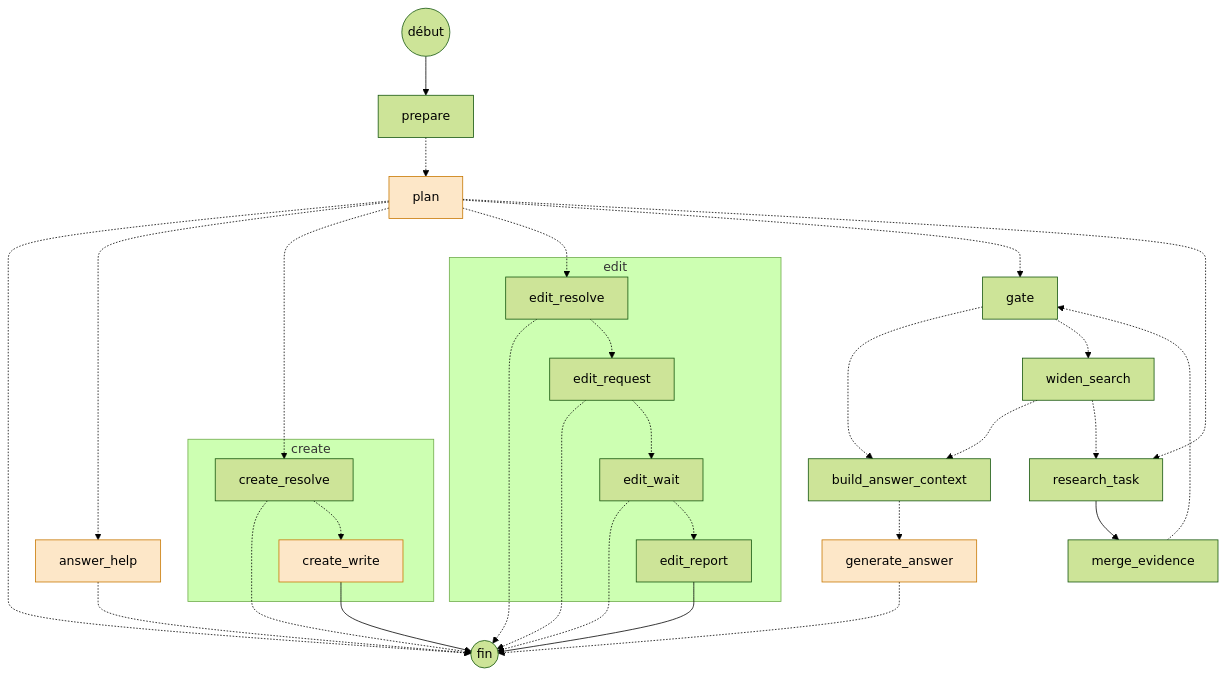
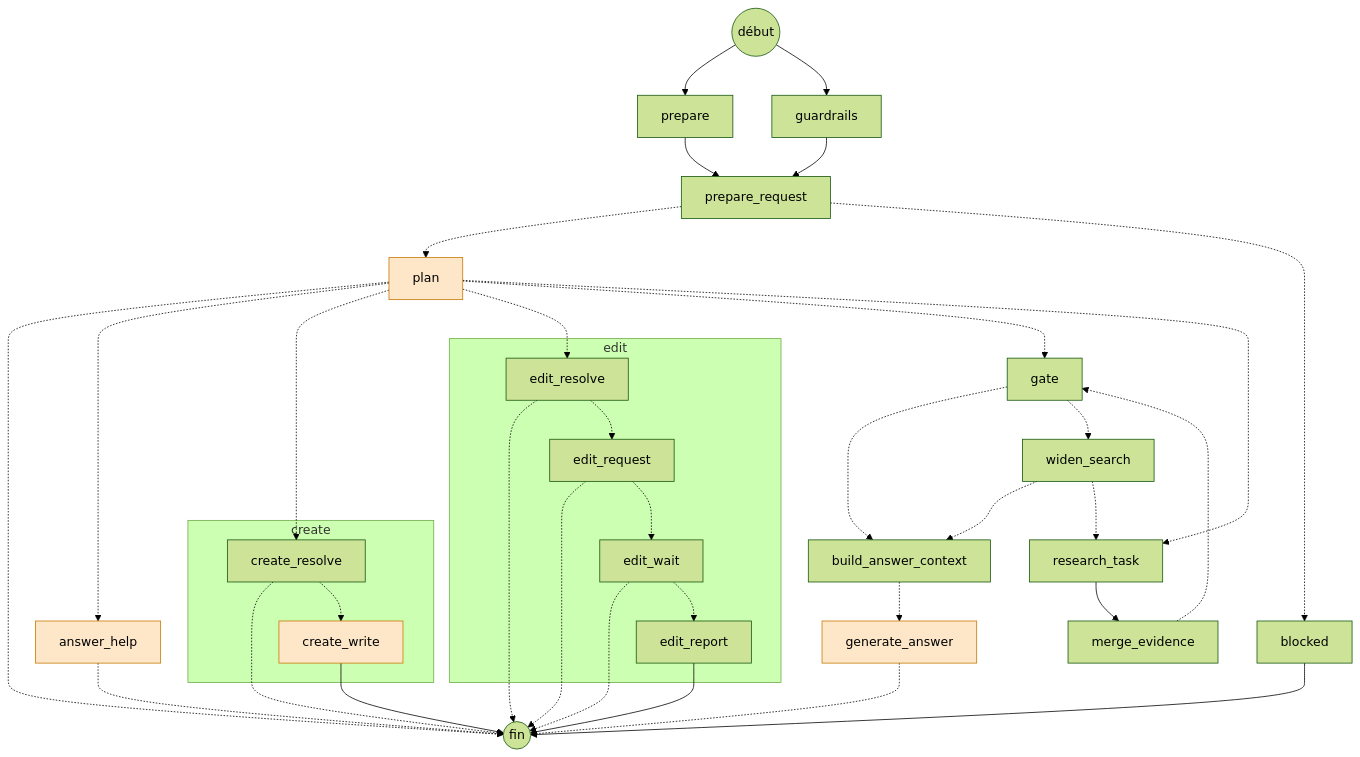
One commit to IA-Generative/Muffin changed the diagram in docs/agent-execution-graph.md. Above: the diagram before and after it, drawn with Mermaid (forest theme). The commit also changed other lines of this file and 4 other files, not shown here.

````diff
--- a/docs/agent-execution-graph.md
+++ b/docs/agent-execution-graph.md
@@ -14,53 +14,61 @@
 ```mermaid
 flowchart TD
     prepare[prepare]
+    guardrails[guardrails]
+    prepare_request[prepare_request]
+    blocked[blocked]
     plan[plan]
     answer_help[answer_help]
     research_task[research_task]
     merge_evidence[merge_evidence]
     gate[gate]
     widen_search[widen_search]
     build_answer_context[build_answer_context]
     generate_answer[generate_answer]
     subgraph edit_sub [edit]
         edit__edit_resolve[edit_resolve]
         edit__edit_request[edit_request]
         edit__edit_wait[edit_wait]
         edit__edit_report[edit_report]
     end
     subgraph create_sub [create]
         create__create_resolve[create_resolve]
         create__create_write[create_write]
     end
     __start__(( début ))
     __end__(( fin ))
     __start__ --> prepare
+    __start__ --> guardrails
+    prepare --> prepare_request
+    guardrails --> prepare_request
+    prepare_request -.-> plan
+    prepare_request -.-> blocked
+    blocked --> __end__
     answer_help -.-> __end__
     build_answer_context -.-> generate_answer
     gate -.-> build_answer_context
     gate -.-> widen_search
     generate_answer -.-> __end__
     merge_evidence -.-> gate
     plan -.-> __end__
     plan -.-> answer_help
     plan -.-> create__create_resolve
     plan -.-> edit__edit_resolve
     plan -.-> gate
     plan -.-> research_task
-    prepare -.-> plan
     research_task --> merge_evidence
     widen_search -.-> build_answer_context
     widen_search -.-> research_task
     edit__edit_request -.-> __end__
     edit__edit_request -.-> edit__edit_wait
     edit__edit_resolve -.-> __end__
     edit__edit_resolve -.-> edit__edit_request
     edit__edit_wait -.-> __end__
     edit__edit_wait -.-> edit__edit_report
     edit__edit_report --> __end__
     create__create_resolve -.-> __end__
     create__create_resolve -.-> create__create_write
     create__create_write --> __end__
     classDef llm fill:#fde7c8,stroke:#c77700
     class answer_help,create__create_write,generate_answer,plan llm
 ```
````
